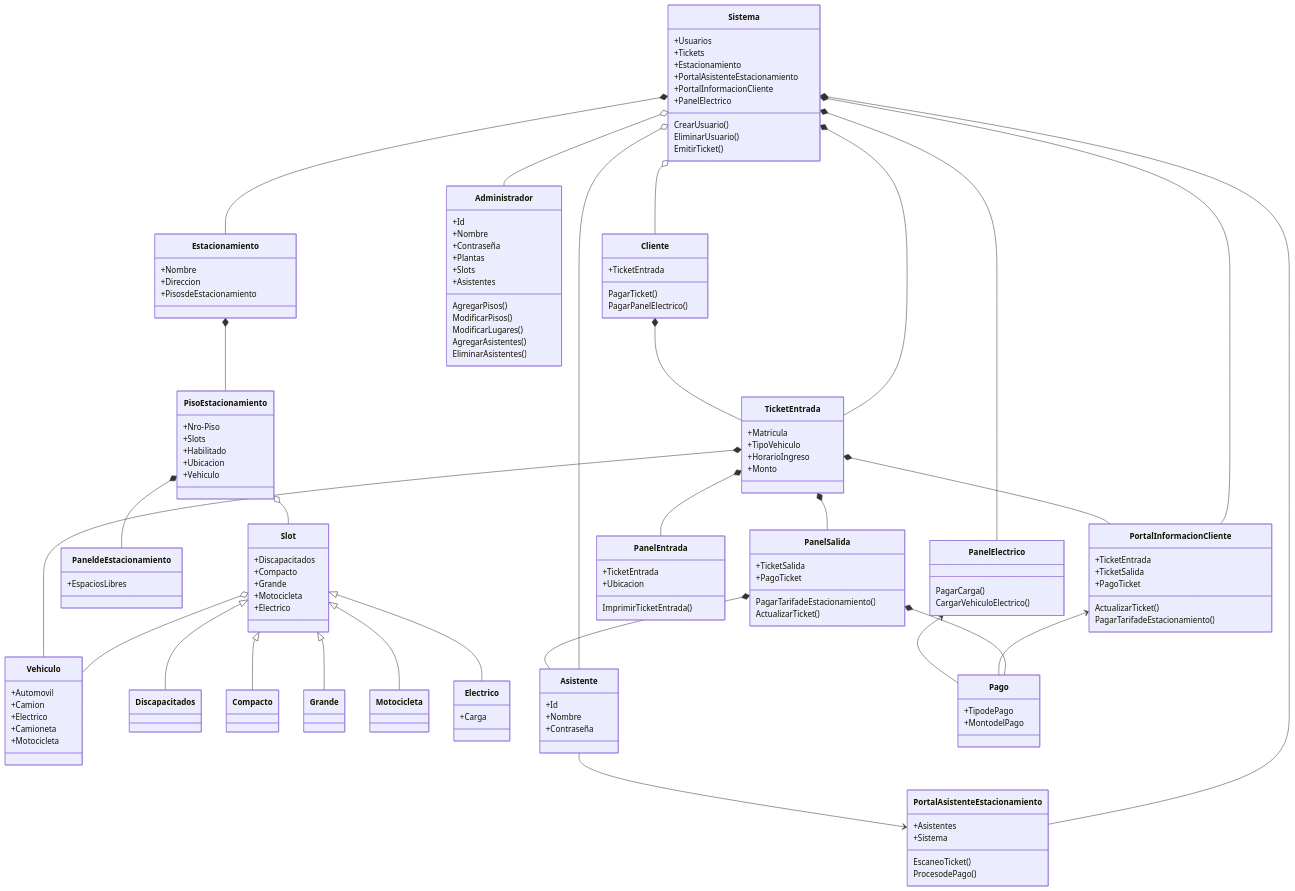
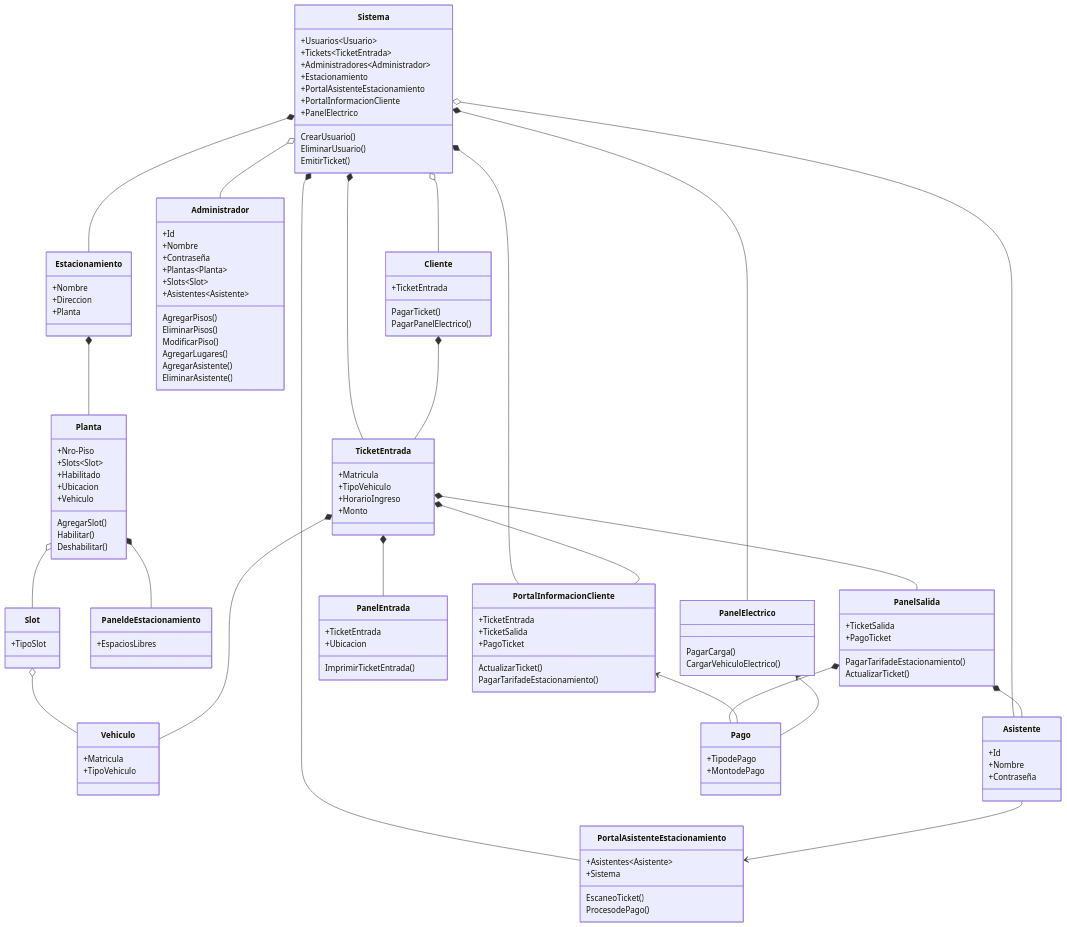
Before and after one commit to 09MauroID/Estacionamiento: the diagram in doc/diagrama.mmd, drawn with Mermaid.

```diff
--- a/doc/diagrama.mmd
+++ b/doc/diagrama.mmd
@@ -1,149 +1,130 @@
 classDiagram
-    Estacionamiento *-- PisoEstacionamiento
-    PisoEstacionamiento o-- Slot
+    Estacionamiento *-- Planta
+    Planta o-- Slot
     Slot o-- Vehiculo
-    PisoEstacionamiento *-- PaneldeEstacionamiento
+    Planta *-- PaneldeEstacionamiento
     
     Sistema *-- Estacionamiento
     Sistema *-- TicketEntrada
     Sistema *-- PortalAsistenteEstacionamiento
     Sistema *-- PortalInformacionCliente
     Sistema *-- PanelElectrico
-
-    Slot <|-- Discapacitados
-    Slot <|-- Compacto
-    Slot <|-- Grande
-    Slot <|-- Motocicleta
-    Slot <|-- Electrico
     
     Sistema o-- Administrador
     Sistema o-- Cliente
     Sistema o-- Asistente
     
     Asistente --> PortalAsistenteEstacionamiento
 
     Cliente *-- TicketEntrada
 
     TicketEntrada *-- PanelEntrada
     TicketEntrada *-- PanelSalida
     TicketEntrada *-- PortalInformacionCliente
     TicketEntrada *-- Vehiculo
 
     PanelSalida *-- Asistente
     PanelSalida *-- Pago    
 
     PortalInformacionCliente <-- Pago
 
     PanelElectrico <-- Pago
 
     class Sistema
-    Sistema: +Usuarios
-    Sistema: +Tickets
+    Sistema: +Usuarios~Usuario~
+    Sistema: +Tickets~TicketEntrada~
+    Sistema: +Administradores~Administrador~
     Sistema: +Estacionamiento
     Sistema: +PortalAsistenteEstacionamiento
     Sistema: +PortalInformacionCliente
     Sistema: +PanelElectrico
     Sistema: CrearUsuario()
     Sistema: EliminarUsuario()
     Sistema: EmitirTicket()
 
     class Estacionamiento
     Estacionamiento: +Nombre
     Estacionamiento: +Direccion
-    Estacionamiento: +PisosdeEstacionamiento
+    Estacionamiento: +Planta
 
-    class PisoEstacionamiento
-    PisoEstacionamiento: +Nro-Piso
-    PisoEstacionamiento: +Slots
-    PisoEstacionamiento: +Habilitado
-    PisoEstacionamiento: +Ubicacion
-    PisoEstacionamiento: +Vehiculo
+    class Planta
+    Planta: +Nro-Piso
+    Planta: +Slots~Slot~
+    Planta: +Habilitado
+    Planta: +Ubicacion
+    Planta: +Vehiculo
+    Planta: AgregarSlot()
+    Planta: Habilitar()
+    Planta: Deshabilitar()
 
     class Slot
-    Slot: +Discapacitados
-    Slot: +Compacto
-    Slot: +Grande
-    Slot: +Motocicleta
-    Slot: +Electrico
-    
-    class Discapacitados
-
-    class Compacto
-    
-    class Grande
-    
-    class Motocicleta
-    
-    class Electrico
-    Electrico: +Carga
+    Slot: +TipoSlot
 
     class Vehiculo
-    Vehiculo: +Automovil
-    Vehiculo: +Camion
-    Vehiculo: +Electrico
-    Vehiculo: +Camioneta
-    Vehiculo: +Motocicleta
+    Vehiculo: +Matricula
+    Vehiculo: +TipoVehiculo
 
     class Administrador
     Administrador: +Id
     Administrador: +Nombre
     Administrador: +Contraseña
-    Administrador: +Plantas
-    Administrador: +Slots
-    Administrador: +Asistentes
+    Administrador: +Plantas~Planta~
+    Administrador: +Slots~Slot~
+    Administrador: +Asistentes~Asistente~
     Administrador: AgregarPisos()
-    Administrador: ModificarPisos()
-    Administrador: ModificarLugares()
-    Administrador: AgregarAsistentes()
-    Administrador: EliminarAsistentes()
+    Administrador: EliminarPisos()
+    Administrador: ModificarPiso()
+    Administrador: AgregarLugares()
+    Administrador: AgregarAsistente()
+    Administrador: EliminarAsistente()
 
     class Asistente
     Asistente: +Id
     Asistente: +Nombre
     Asistente: +Contraseña
     
     class Cliente
     Cliente: +TicketEntrada
     Cliente: PagarTicket()
     Cliente: PagarPanelElectrico()
 
     class TicketEntrada
     TicketEntrada: +Matricula
     TicketEntrada: +TipoVehiculo
     TicketEntrada: +HorarioIngreso
     TicketEntrada: +Monto
 
     class PanelEntrada
     PanelEntrada: +TicketEntrada
     PanelEntrada: +Ubicacion
     PanelEntrada: ImprimirTicketEntrada()
 
     class PanelSalida
     PanelSalida: +TicketSalida
     PanelSalida: +PagoTicket
     PanelSalida: PagarTarifadeEstacionamiento()
     PanelSalida: ActualizarTicket()
 
     class Pago
     Pago: +TipodePago
-    Pago: +MontodelPago
+    Pago: +MontodePago
 
     class PaneldeEstacionamiento
     PaneldeEstacionamiento: +EspaciosLibres
 
     class PortalAsistenteEstacionamiento
-    PortalAsistenteEstacionamiento: +Asistentes
+    PortalAsistenteEstacionamiento: +Asistentes~Asistente~
     PortalAsistenteEstacionamiento: +Sistema
     PortalAsistenteEstacionamiento: EscaneoTicket()
     PortalAsistenteEstacionamiento: ProcesodePago()
 
     class PortalInformacionCliente
     PortalInformacionCliente: +TicketEntrada
     PortalInformacionCliente: +TicketSalida
     PortalInformacionCliente: +PagoTicket
     PortalInformacionCliente: ActualizarTicket()
     PortalInformacionCliente: PagarTarifadeEstacionamiento()
 
     class PanelElectrico
     PanelElectrico: PagarCarga()
     PanelElectrico: CargarVehiculoElectrico()
```
